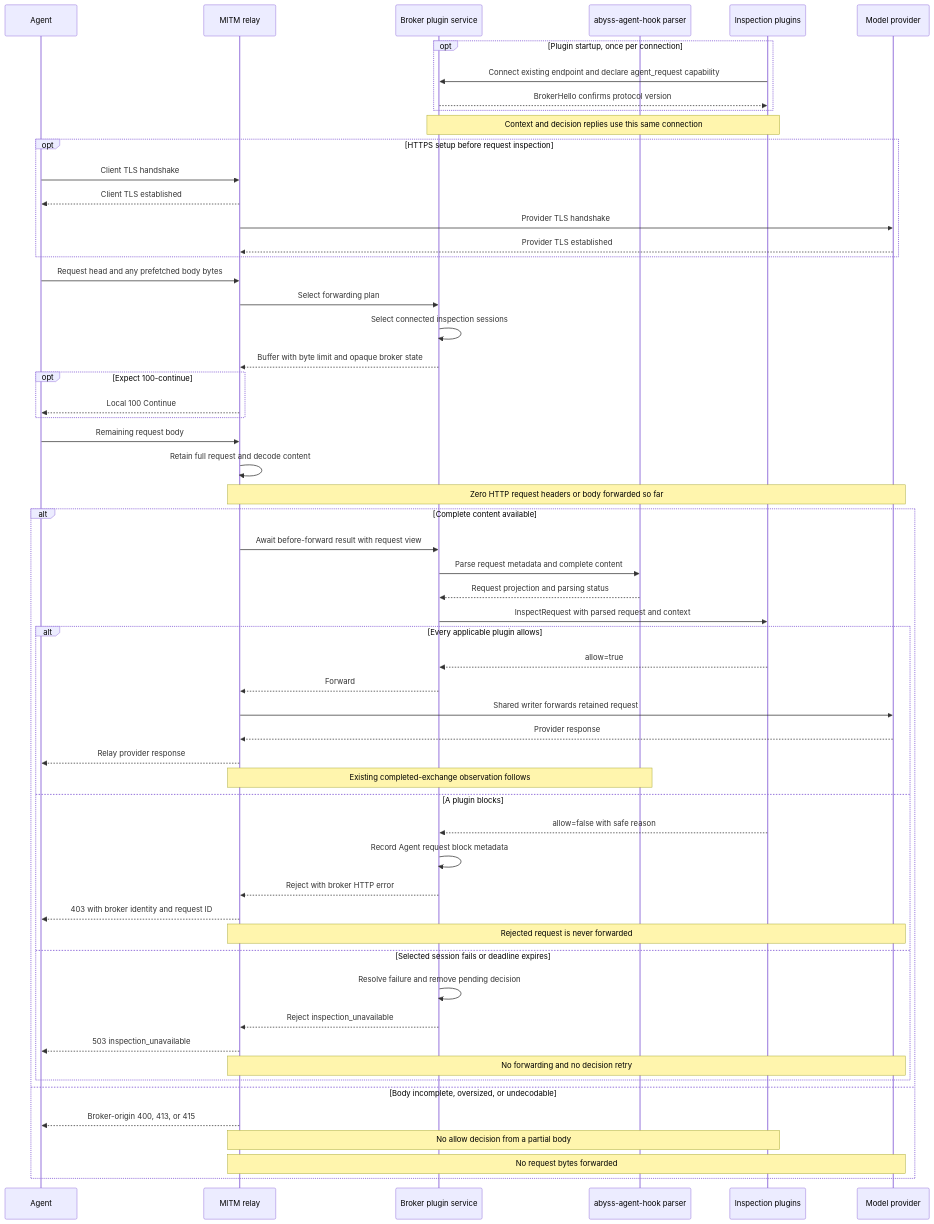
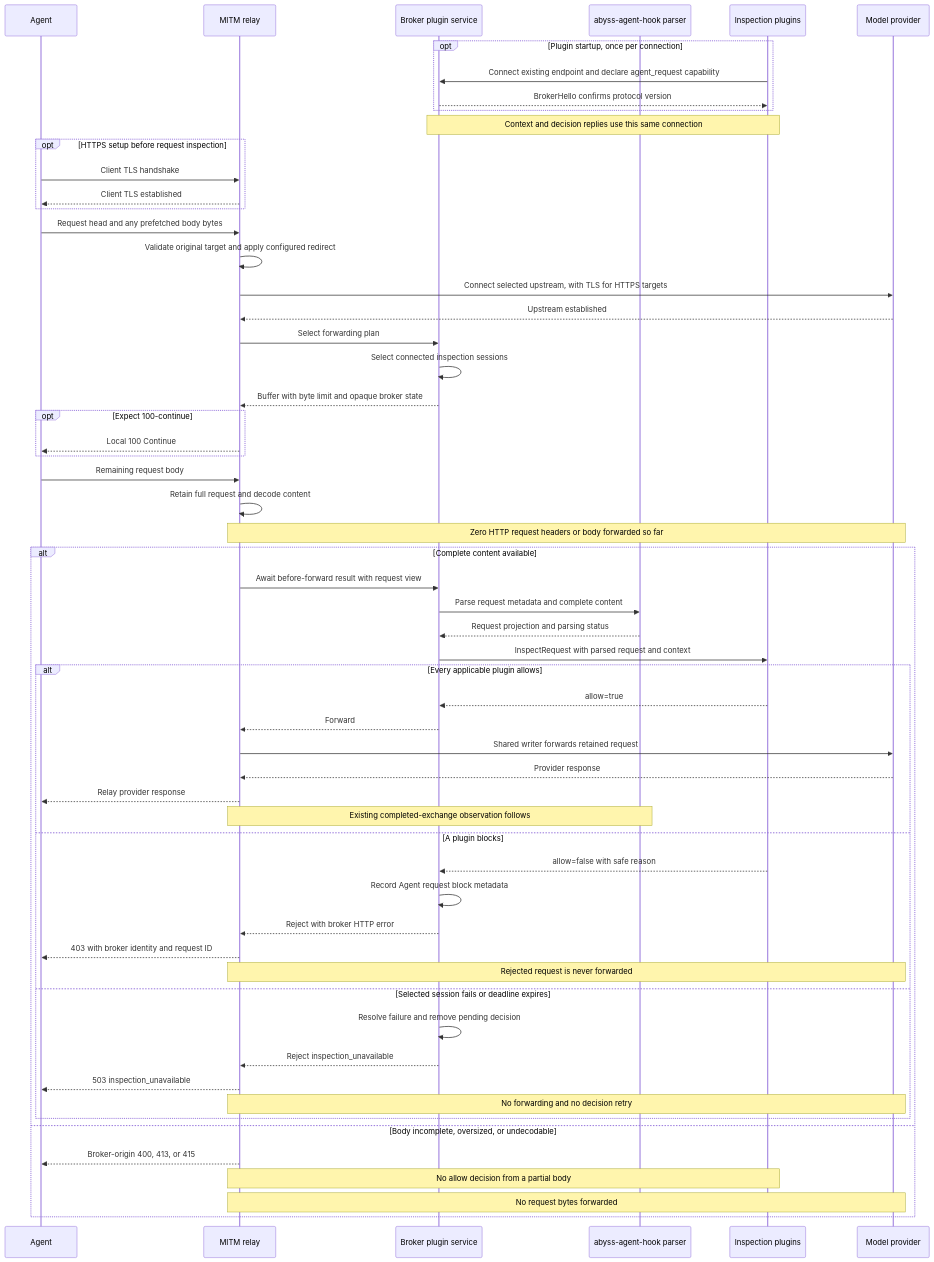
One commit to lexmount/abyss-rs changed the third of 4 diagrams in docs/request-blocking-design.md. Above: the diagram before and after it, drawn with Mermaid. The commit also changed other lines of this file and 42 other files, not shown here.

````diff
--- a/docs/request-blocking-design.md
+++ b/docs/request-blocking-design.md
@@ -417,59 +410,60 @@
 ```mermaid
 sequenceDiagram
     participant A as Agent
     participant M as MITM relay
     participant B as Broker plugin service
     participant R as abyss-agent-hook parser
     participant H as Inspection plugins
     participant P as Model provider
     opt Plugin startup, once per connection
         H->>B: Connect existing endpoint and declare agent_request capability
         B-->>H: BrokerHello confirms protocol version
     end
     Note over B,H: Context and decision replies use this same connection
     opt HTTPS setup before request inspection
         A->>M: Client TLS handshake
         M-->>A: Client TLS established
-        M->>P: Provider TLS handshake
-        P-->>M: Provider TLS established
     end
     A->>M: Request head and any prefetched body bytes
+    M->>M: Validate original target and apply configured redirect
+    M->>P: Connect selected upstream, with TLS for HTTPS targets
+    P-->>M: Upstream established
     M->>B: Select forwarding plan
     B->>B: Select connected inspection sessions
     B-->>M: Buffer with byte limit and opaque broker state
     opt Expect 100-continue
         M-->>A: Local 100 Continue
     end
     A->>M: Remaining request body
     M->>M: Retain full request and decode content
     Note over M,P: Zero HTTP request headers or body forwarded so far
     alt Complete content available
         M->>B: Await before-forward result with request view
         B->>R: Parse request metadata and complete content
         R-->>B: Request projection and parsing status
         B->>H: InspectRequest with parsed request and context
         alt Every applicable plugin allows
             H-->>B: allow=true
             B-->>M: Forward
             M->>P: Shared writer forwards retained request
             P-->>M: Provider response
             M-->>A: Relay provider response
             Note over M,R: Existing completed-exchange observation follows
         else A plugin blocks
             H-->>B: allow=false with safe reason
             B->>B: Record Agent request block metadata
             B-->>M: Reject with broker HTTP error
             M-->>A: 403 with broker identity and request ID
             Note over M,P: Rejected request is never forwarded
         else Selected session fails or deadline expires
             B->>B: Resolve failure and remove pending decision
             B-->>M: Reject inspection_unavailable
             M-->>A: 503 inspection_unavailable
             Note over M,P: No forwarding and no decision retry
         end
     else Body incomplete, oversized, or undecodable
         M-->>A: Broker-origin 400, 413, or 415
         Note over M,H: No allow decision from a partial body
         Note over M,P: No request bytes forwarded
     end
 ```
````
